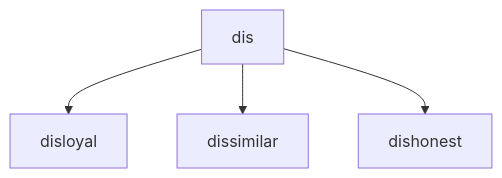
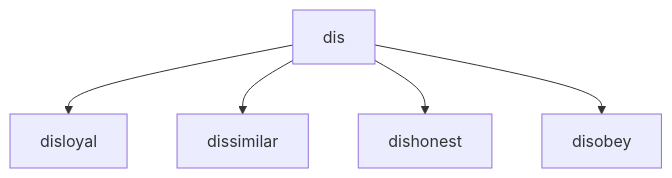
Diagram 19 of 44 in prefixes_suffixes.md (pleabargain/EnglishHelpsYourCareer), drawn with Mermaid before and after one commit. The commit also changed other lines of this file, not shown here.

````diff
--- a/prefixes_suffixes.md
+++ b/prefixes_suffixes.md
@@ -245,7 +238,8 @@
 ```mermaid
 graph TD; 
 dis --> disloyal;
 dis -->  dissimilar;
 dis -->  dishonest;
+dis -->  disobey;
 
 ```
````
